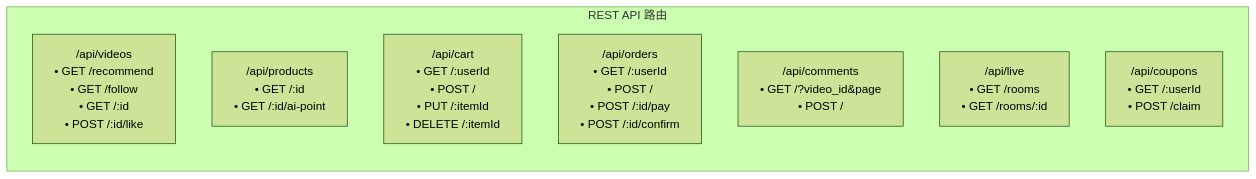
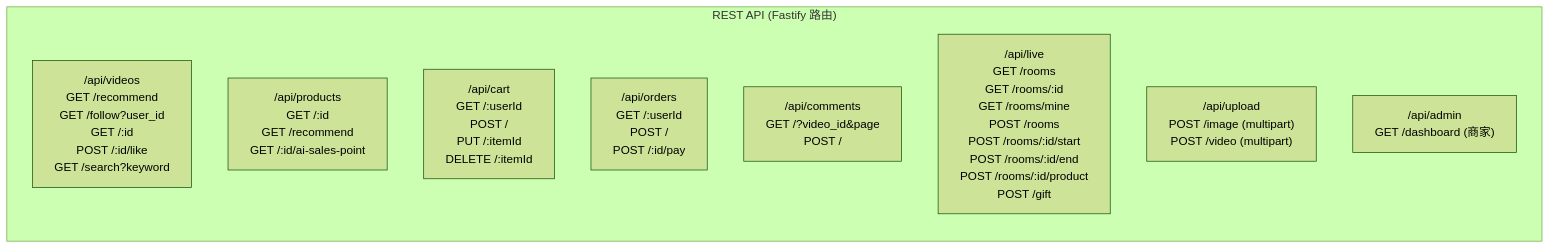
Before and after one commit to LIQingQing666/client: diagram 11 of 11 in 测试文档/架构图-Mermaid.md, drawn with Mermaid (forest theme). The commit also changed other lines of this file and 3 other files, not shown here.

````diff
--- a/测试文档/架构图-Mermaid.md
+++ b/测试文档/架构图-Mermaid.md
@@ -459,12 +494,13 @@
 ```mermaid
 graph LR
-    subgraph "REST API 路由"
-        Videos["/api/videos<br/>• GET /recommend<br/>• GET /follow<br/>• GET /:id<br/>• POST /:id/like"]
-        Products["/api/products<br/>• GET /:id<br/>• GET /:id/ai-point"]
-        Cart["/api/cart<br/>• GET /:userId<br/>• POST /<br/>• PUT /:itemId<br/>• DELETE /:itemId"]
-        Orders["/api/orders<br/>• GET /:userId<br/>• POST /<br/>• POST /:id/pay<br/>• POST /:id/confirm"]
-        Comments["/api/comments<br/>• GET /?video_id&page<br/>• POST /"]
-        Live["/api/live<br/>• GET /rooms<br/>• GET /rooms/:id"]
-        Coupons["/api/coupons<br/>• GET /:userId<br/>• POST /claim"]
+    subgraph "REST API (Fastify 路由)"
+        Videos["/api/videos<br/>GET /recommend<br/>GET /follow?user_id<br/>GET /:id<br/>POST /:id/like<br/>GET /search?keyword"]
+        Products["/api/products<br/>GET /:id<br/>GET /recommend<br/>GET /:id/ai-sales-point"]
+        Cart["/api/cart<br/>GET /:userId<br/>POST /<br/>PUT /:itemId<br/>DELETE /:itemId"]
+        Orders["/api/orders<br/>GET /:userId<br/>POST /<br/>POST /:id/pay"]
+        Comments["/api/comments<br/>GET /?video_id&page<br/>POST /"]
+        Live["/api/live<br/>GET /rooms<br/>GET /rooms/:id<br/>GET /rooms/mine<br/>POST /rooms<br/>POST /rooms/:id/start<br/>POST /rooms/:id/end<br/>POST /rooms/:id/product<br/>POST /gift"]
+        Upload["/api/upload<br/>POST /image (multipart)<br/>POST /video (multipart)"]
+        Admin["/api/admin<br/>GET /dashboard (商家)"]
     end
 ```
````
